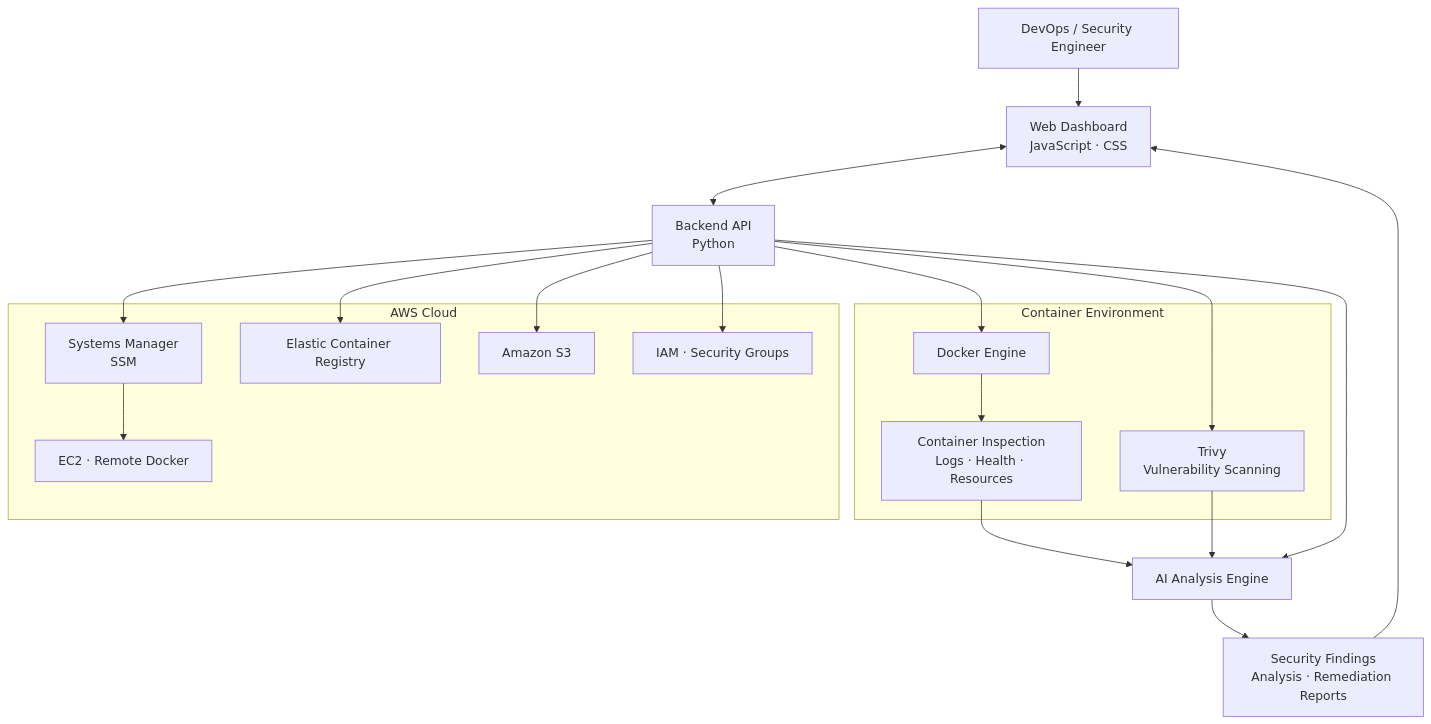
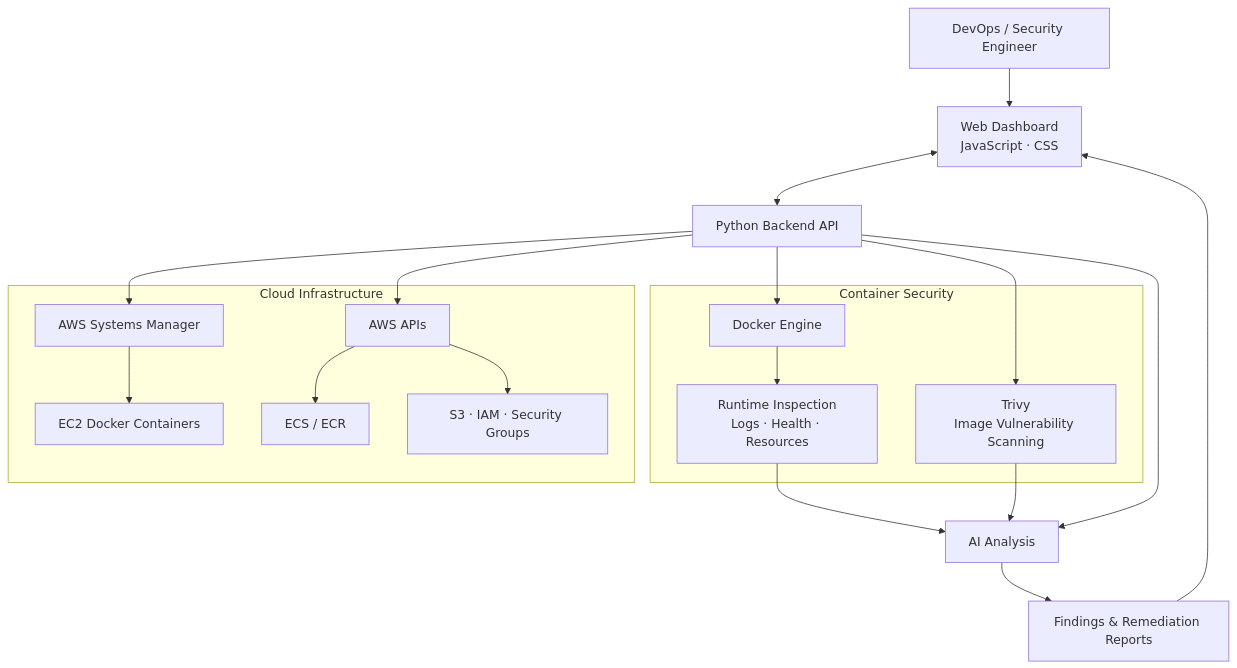
The diagram in README.md (tanahmeeedsx/devsecops-agent), drawn with Mermaid before and after one commit. The commit also changed other lines of this file, not shown here.

````diff
--- a/README.md
+++ b/README.md
@@ -55,39 +39,39 @@
 ```mermaid
 flowchart TB
-    U["DevOps / Security Engineer"]
+    USER["DevOps / Security Engineer"]
     UI["Web Dashboard<br/>JavaScript · CSS"]
-    API["Backend API<br/>Python"]
-    
-    subgraph LOCAL["Container Environment"]
+    API["Python Backend API"]
+
+    subgraph CONTAINERS["Container Security"]
         DOCKER["Docker Engine"]
-        INSPECT["Container Inspection<br/>Logs · Health · Resources"]
-        TRIVY["Trivy<br/>Vulnerability Scanning"]
+        INSPECT["Runtime Inspection<br/>Logs · Health · Resources"]
+        TRIVY["Trivy<br/>Image Vulnerability Scanning"]
     end
 
-    subgraph AWS["AWS Cloud"]
-        SSM["Systems Manager<br/>SSM"]
-        EC2["EC2 · Remote Docker"]
-        ECR["Elastic Container Registry"]
-        S3["Amazon S3"]
-        IAM["IAM · Security Groups"]
+    subgraph CLOUD["Cloud Infrastructure"]
+        AWS["AWS APIs"]
+        SSM["AWS Systems Manager"]
+        EC2["EC2 Docker Containers"]
+        ECS["ECS / ECR"]
+        STORAGE["S3 · IAM · Security Groups"]
     end
 
-    AI["AI Analysis Engine"]
-    REPORT["Security Findings<br/>Analysis · Remediation Reports"]
+    AI["AI Analysis"]
+    REPORT["Findings & Remediation Reports"]
 
-    U --> UI
+    USER --> UI
     UI <--> API
     API --> DOCKER
     DOCKER --> INSPECT
     API --> TRIVY
+    API --> AWS
     API --> SSM
     SSM --> EC2
-    API --> ECR
-    API --> S3
-    API --> IAM
+    AWS --> ECS
+    AWS --> STORAGE
     INSPECT --> AI
     TRIVY --> AI
     API --> AI
     AI --> REPORT
     REPORT --> UI
 ```
````
